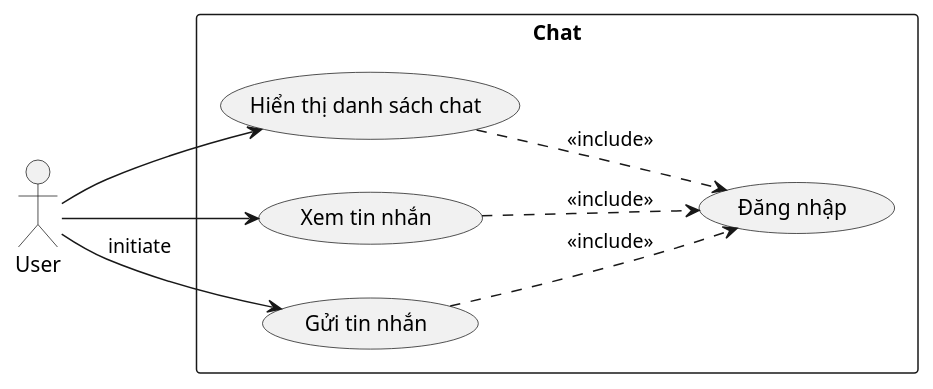
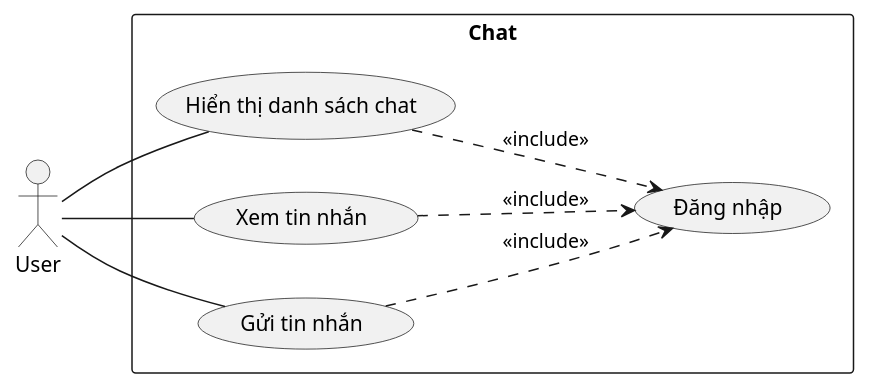
One commit to phamsyhung2110/project-hust changed the diagram in uml/usecase_mesage.puml. Above: the diagram before and after it, drawn with PlantUML. The commit also changed 8 other files, not shown here.

Commit message:
edit uml

```diff
--- a/uml/usecase_mesage.puml
+++ b/uml/usecase_mesage.puml
@@ -2,18 +2,18 @@
 @startuml
 left to right direction
 
 actor User
 ' User -> Ms: initiate
 rectangle Chat {
     usecase "Hiển thị danh sách chat" as show_list
     usecase "Xem tin nhắn" as View
     usecase "Gửi tin nhắn" as Send
     usecase "Đăng nhập" as Login
-    User --> Send: initiate
-    User --> show_list
-    User --> View
+    User -- Send
+    User -- show_list
+    User -- View
     show_list ..> Login: <<include>>
     View ..> Login: <<include>>
     Send ..> Login: <<include>>
 }
 @enduml
```
